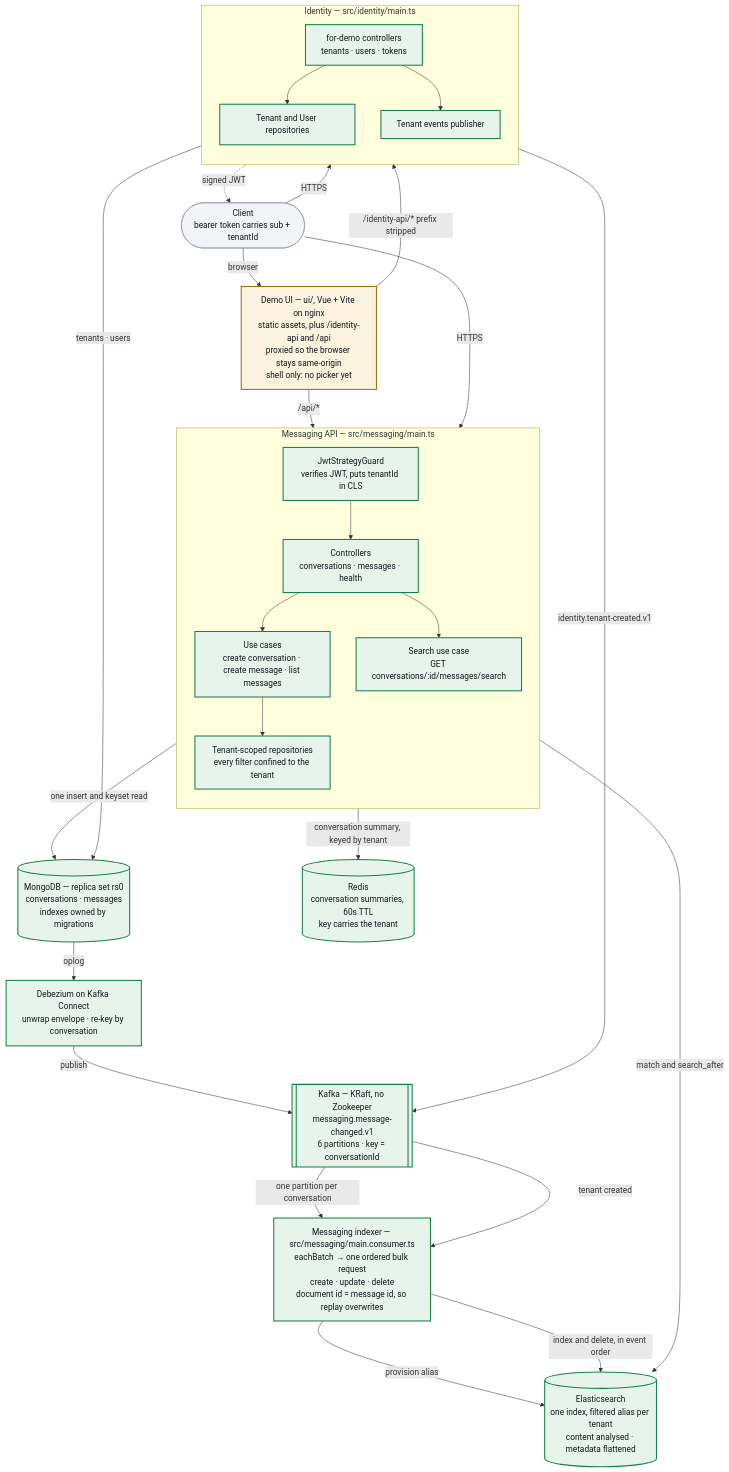
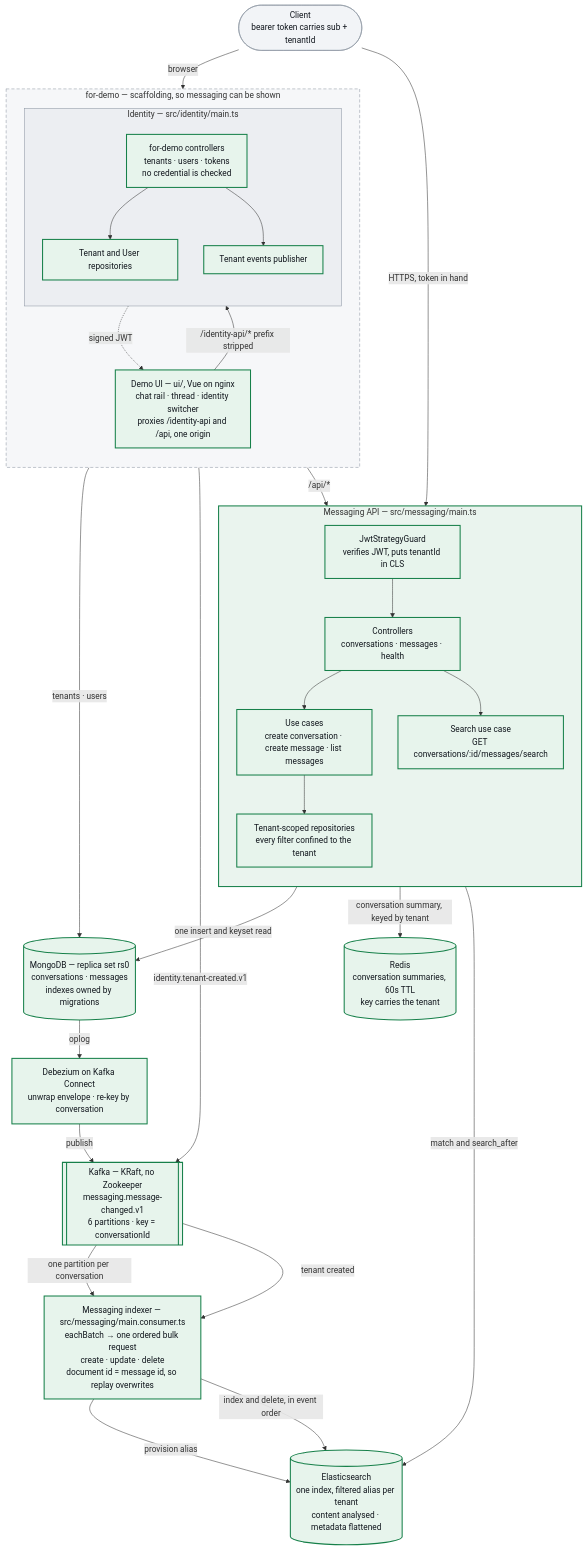
One commit to tiennguyen1203/tawkto-messaging changed the diagram in docs/architecture.md. Above: the diagram before and after it, drawn with Mermaid. The commit also changed other lines of this file and 5 other files, not shown here.

````diff
--- a/docs/architecture.md
+++ b/docs/architecture.md
@@ -12,65 +15,75 @@
 ```mermaid
 flowchart TD
     client(["Client<br/>bearer token carries sub + tenantId"])
-
-    demoui["Demo UI — ui/, Vue + Vite on nginx<br/>static assets, plus /identity-api and /api<br/>proxied so the browser stays same-origin<br/>shell only: no picker yet"]
-
-    subgraph identity["Identity — src/identity/main.ts"]
-        direction TB
-        idctl["for-demo controllers<br/>tenants · users · tokens"]
-        idrepo["Tenant and User repositories"]
-        idpub["Tenant events publisher"]
-    end
 
     subgraph api["Messaging API — src/messaging/main.ts"]
         direction TB
         guard["JwtStrategyGuard<br/>verifies JWT, puts tenantId in CLS"]
         ctl["Controllers<br/>conversations · messages · health"]
         uc["Use cases<br/>create conversation · create message · list messages"]
         repo["Tenant-scoped repositories<br/>every filter confined to the tenant"]
         searchuc["Search use case<br/>GET conversations/:id/messages/search"]
+    end
+
+    %% Everything in this box exists so the messaging service can be demonstrated.
+    %% None of it is the subject, and none of it would ship as-is.
+    subgraph fordemo["for-demo — scaffolding, so messaging can be shown"]
+        direction TB
+
+        demoui["Demo UI — ui/, Vue on nginx<br/>chat rail · thread · identity switcher<br/>proxies /identity-api and /api, one origin"]
+
+        subgraph identity["Identity — src/identity/main.ts"]
+            direction TB
+            idctl["for-demo controllers<br/>tenants · users · tokens<br/>no credential is checked"]
+            idrepo["Tenant and User repositories"]
+            idpub["Tenant events publisher"]
+        end
     end
 
     mongo[("MongoDB — replica set rs0<br/>conversations · messages<br/>indexes owned by migrations")]
     redis[("Redis<br/>conversation summaries, 60s TTL<br/>key carries the tenant")]
     dbz["Debezium on Kafka Connect<br/>unwrap envelope · re-key by conversation"]
     kafka[["Kafka — KRaft, no Zookeeper<br/>messaging.message-changed.v1<br/>6 partitions · key = conversationId"]]
     consumer["Messaging indexer — src/messaging/main.consumer.ts<br/>eachBatch → one ordered bulk request<br/>create · update · delete<br/>document id = message id, so replay overwrites"]
     es[("Elasticsearch<br/>one index, filtered alias per tenant<br/>content analysed · metadata flattened")]
 
     client -->|browser| demoui
     demoui -->|/identity-api/* prefix stripped| idctl
     demoui -->|/api/*| guard
-    client -->|HTTPS| idctl
     idctl --> idrepo
     idctl --> idpub
     idrepo -->|tenants · users| mongo
     idpub -->|identity.tenant-created.v1| kafka
-    idctl -.->|signed JWT| client
+    idctl -.->|signed JWT| demoui
 
-    client -->|HTTPS| guard
+    client -->|HTTPS, token in hand| guard
     guard --> ctl
     ctl --> uc
     uc --> repo
     repo -->|one insert and keyset read| mongo
     repo -->|conversation summary, keyed by tenant| redis
     mongo -->|oplog| dbz
     dbz -->|publish| kafka
     kafka -->|one partition per conversation| consumer
     kafka -->|tenant created| consumer
     consumer -->|provision alias| es
     consumer -->|index and delete, in event order| es
     ctl --> searchuc
     searchuc -->|match and search_after| es
 
     classDef done fill:#e7f4ec,stroke:#17804a,stroke-width:2px,color:#11161d
-    classDef wip fill:#fbf2df,stroke:#a2700a,stroke-width:2px,color:#11161d
-    classDef todo fill:#fbeceb,stroke:#b23a2f,stroke-width:2px,color:#11161d
     classDef plain fill:#f2f4f7,stroke:#8b95a1,stroke-width:1px,color:#11161d
 
     class client plain
     class guard,ctl,uc,repo,mongo,dbz,kafka,consumer,es,searchuc done
     class idctl,idrepo,idpub done
-    class demoui wip
+    class demoui done
     class redis done
+
+    %% Grey and dashed, so the eye reads this as the stage rather than the play —
+    %% including the cluster nested inside it, which otherwise renders in the same
+    %% colour as the service being assessed and pulls the attention the wrong way.
+    style fordemo fill:#f6f7f9,stroke:#8b95a1,stroke-width:1px,stroke-dasharray: 6 4
+    style identity fill:#eceef2,stroke:#8b95a1,stroke-width:1px
+    style api fill:#eaf4ee,stroke:#17804a,stroke-width:2px
 ```
````
